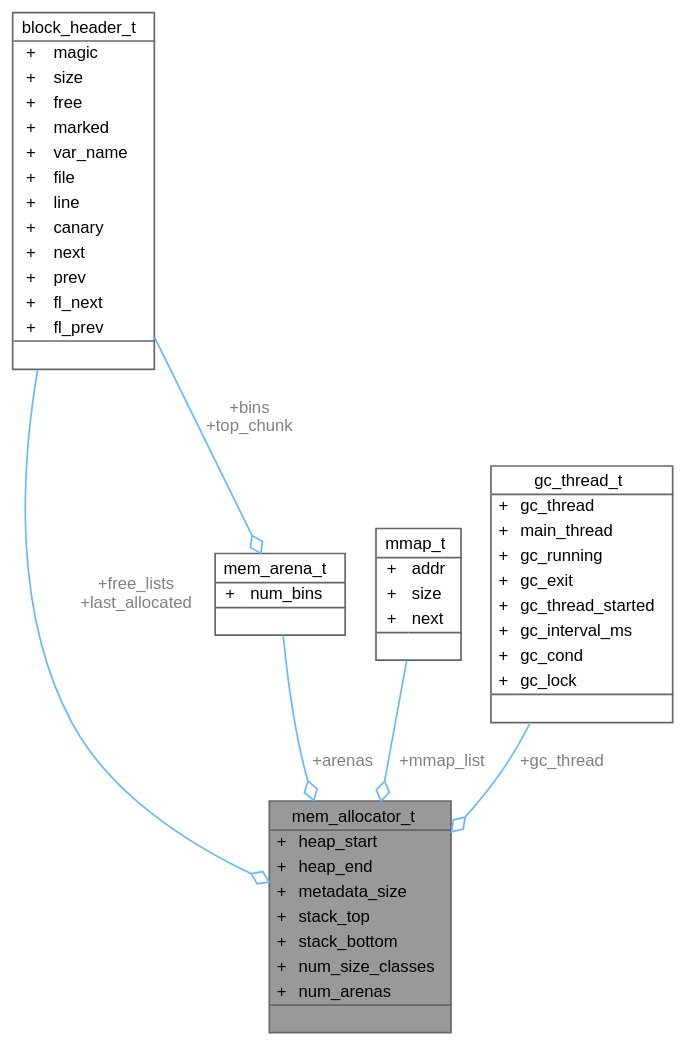
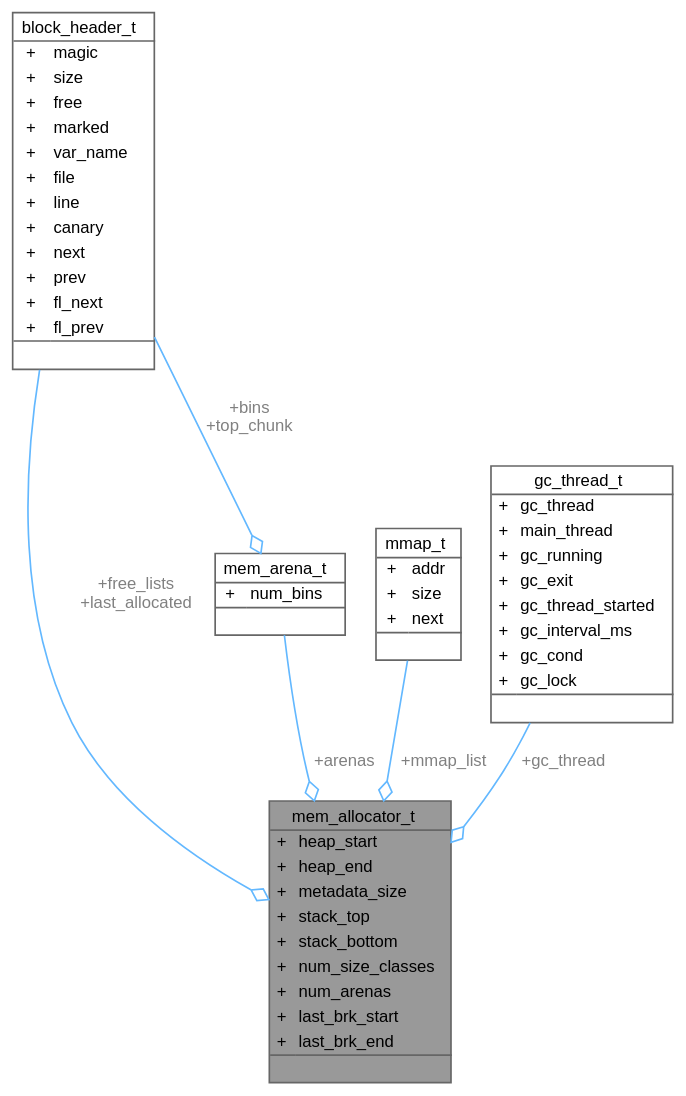
One commit to RafaelVVolkmer/libmemalloc changed the diagram in structmem__allocator__t__coll__graph.dot. Above: the diagram before and after it, drawn with Graphviz. The commit also changed 52 other files, not shown here.

```diff
--- a/structmem__allocator__t__coll__graph.dot
+++ b/structmem__allocator__t__coll__graph.dot
@@ -1,73 +1,75 @@
 digraph "mem_allocator_t"
 {
  // LATEX_PDF_SIZE
   bgcolor="transparent";
   edge [fontname=Helvetica,fontsize=10,labelfontname=Helvetica,labelfontsize=10];
   node [fontname=Helvetica,fontsize=10,shape=box,height=0.2,width=0.4];
   Node1 [id="Node000001",shape=plain,label=<<TABLE CELLBORDER="0" BORDER="1"><TR><TD COLSPAN="2" CELLPADDING="1" CELLSPACING="0">mem_allocator_t</TD></TR>
 <HR/>
 <TR><TD VALIGN="top" CELLPADDING="1" CELLSPACING="0">+</TD><TD VALIGN="top" ALIGN="LEFT" CELLPADDING="1" CELLSPACING="0">heap_start<BR ALIGN="LEFT"/></TD></TR>
 <TR><TD VALIGN="top" CELLPADDING="1" CELLSPACING="0">+</TD><TD VALIGN="top" ALIGN="LEFT" CELLPADDING="1" CELLSPACING="0">heap_end<BR ALIGN="LEFT"/></TD></TR>
 <TR><TD VALIGN="top" CELLPADDING="1" CELLSPACING="0">+</TD><TD VALIGN="top" ALIGN="LEFT" CELLPADDING="1" CELLSPACING="0">metadata_size<BR ALIGN="LEFT"/></TD></TR>
 <TR><TD VALIGN="top" CELLPADDING="1" CELLSPACING="0">+</TD><TD VALIGN="top" ALIGN="LEFT" CELLPADDING="1" CELLSPACING="0">stack_top<BR ALIGN="LEFT"/></TD></TR>
 <TR><TD VALIGN="top" CELLPADDING="1" CELLSPACING="0">+</TD><TD VALIGN="top" ALIGN="LEFT" CELLPADDING="1" CELLSPACING="0">stack_bottom<BR ALIGN="LEFT"/></TD></TR>
 <TR><TD VALIGN="top" CELLPADDING="1" CELLSPACING="0">+</TD><TD VALIGN="top" ALIGN="LEFT" CELLPADDING="1" CELLSPACING="0">num_size_classes<BR ALIGN="LEFT"/></TD></TR>
 <TR><TD VALIGN="top" CELLPADDING="1" CELLSPACING="0">+</TD><TD VALIGN="top" ALIGN="LEFT" CELLPADDING="1" CELLSPACING="0">num_arenas<BR ALIGN="LEFT"/></TD></TR>
+<TR><TD VALIGN="top" CELLPADDING="1" CELLSPACING="0">+</TD><TD VALIGN="top" ALIGN="LEFT" CELLPADDING="1" CELLSPACING="0">last_brk_start<BR ALIGN="LEFT"/></TD></TR>
+<TR><TD VALIGN="top" CELLPADDING="1" CELLSPACING="0">+</TD><TD VALIGN="top" ALIGN="LEFT" CELLPADDING="1" CELLSPACING="0">last_brk_end<BR ALIGN="LEFT"/></TD></TR>
 <HR/>
 <TR><TD COLSPAN="2" CELLPADDING="1" CELLSPACING="0">&nbsp;</TD></TR>
 </TABLE>>
 ,height=0.2,width=0.4,color="gray40", fillcolor="grey60", style="filled", fontcolor="black",tooltip="Manages dynamic memory allocation."];
   Node2 -> Node1 [id="edge1_Node000001_Node000002",color="steelblue1",style="solid",tooltip=" ",label=" +free_lists\n+last_allocated",fontcolor="grey" ,arrowhead="odiamond"];
   Node2 [id="Node000002",shape=plain,label=<<TABLE CELLBORDER="0" BORDER="1"><TR><TD COLSPAN="2" CELLPADDING="1" CELLSPACING="0">block_header_t</TD></TR>
 <HR/>
 <TR><TD VALIGN="top" CELLPADDING="1" CELLSPACING="0">+</TD><TD VALIGN="top" ALIGN="LEFT" CELLPADDING="1" CELLSPACING="0">magic<BR ALIGN="LEFT"/></TD></TR>
 <TR><TD VALIGN="top" CELLPADDING="1" CELLSPACING="0">+</TD><TD VALIGN="top" ALIGN="LEFT" CELLPADDING="1" CELLSPACING="0">size<BR ALIGN="LEFT"/></TD></TR>
 <TR><TD VALIGN="top" CELLPADDING="1" CELLSPACING="0">+</TD><TD VALIGN="top" ALIGN="LEFT" CELLPADDING="1" CELLSPACING="0">free<BR ALIGN="LEFT"/></TD></TR>
 <TR><TD VALIGN="top" CELLPADDING="1" CELLSPACING="0">+</TD><TD VALIGN="top" ALIGN="LEFT" CELLPADDING="1" CELLSPACING="0">marked<BR ALIGN="LEFT"/></TD></TR>
 <TR><TD VALIGN="top" CELLPADDING="1" CELLSPACING="0">+</TD><TD VALIGN="top" ALIGN="LEFT" CELLPADDING="1" CELLSPACING="0">var_name<BR ALIGN="LEFT"/></TD></TR>
 <TR><TD VALIGN="top" CELLPADDING="1" CELLSPACING="0">+</TD><TD VALIGN="top" ALIGN="LEFT" CELLPADDING="1" CELLSPACING="0">file<BR ALIGN="LEFT"/></TD></TR>
 <TR><TD VALIGN="top" CELLPADDING="1" CELLSPACING="0">+</TD><TD VALIGN="top" ALIGN="LEFT" CELLPADDING="1" CELLSPACING="0">line<BR ALIGN="LEFT"/></TD></TR>
 <TR><TD VALIGN="top" CELLPADDING="1" CELLSPACING="0">+</TD><TD VALIGN="top" ALIGN="LEFT" CELLPADDING="1" CELLSPACING="0">canary<BR ALIGN="LEFT"/></TD></TR>
 <TR><TD VALIGN="top" CELLPADDING="1" CELLSPACING="0">+</TD><TD VALIGN="top" ALIGN="LEFT" CELLPADDING="1" CELLSPACING="0">next<BR ALIGN="LEFT"/></TD></TR>
 <TR><TD VALIGN="top" CELLPADDING="1" CELLSPACING="0">+</TD><TD VALIGN="top" ALIGN="LEFT" CELLPADDING="1" CELLSPACING="0">prev<BR ALIGN="LEFT"/></TD></TR>
 <TR><TD VALIGN="top" CELLPADDING="1" CELLSPACING="0">+</TD><TD VALIGN="top" ALIGN="LEFT" CELLPADDING="1" CELLSPACING="0">fl_next<BR ALIGN="LEFT"/></TD></TR>
 <TR><TD VALIGN="top" CELLPADDING="1" CELLSPACING="0">+</TD><TD VALIGN="top" ALIGN="LEFT" CELLPADDING="1" CELLSPACING="0">fl_prev<BR ALIGN="LEFT"/></TD></TR>
 <HR/>
 <TR><TD COLSPAN="2" CELLPADDING="1" CELLSPACING="0">&nbsp;</TD></TR>
 </TABLE>>
 ,height=0.2,width=0.4,color="gray40", fillcolor="white", style="filled",URL="$structblock__header__t.html",tooltip="Represents the header for a memory block."];
   Node3 -> Node1 [id="edge2_Node000001_Node000003",color="steelblue1",style="solid",tooltip=" ",label=" +arenas",fontcolor="grey" ,arrowhead="odiamond"];
   Node3 [id="Node000003",shape=plain,label=<<TABLE CELLBORDER="0" BORDER="1"><TR><TD COLSPAN="2" CELLPADDING="1" CELLSPACING="0">mem_arena_t</TD></TR>
 <HR/>
 <TR><TD VALIGN="top" CELLPADDING="1" CELLSPACING="0">+</TD><TD VALIGN="top" ALIGN="LEFT" CELLPADDING="1" CELLSPACING="0">num_bins<BR ALIGN="LEFT"/></TD></TR>
 <HR/>
 <TR><TD COLSPAN="2" CELLPADDING="1" CELLSPACING="0">&nbsp;</TD></TR>
 </TABLE>>
 ,height=0.2,width=0.4,color="gray40", fillcolor="white", style="filled",URL="$structmem__arena__t.html",tooltip="Represents a memory arena with its own free lists."];
   Node2 -> Node3 [id="edge3_Node000003_Node000002",color="steelblue1",style="solid",tooltip=" ",label=" +bins\n+top_chunk",fontcolor="grey" ,arrowhead="odiamond"];
   Node4 -> Node1 [id="edge4_Node000001_Node000004",color="steelblue1",style="solid",tooltip=" ",label=" +mmap_list",fontcolor="grey" ,arrowhead="odiamond"];
   Node4 [id="Node000004",shape=plain,label=<<TABLE CELLBORDER="0" BORDER="1"><TR><TD COLSPAN="2" CELLPADDING="1" CELLSPACING="0">mmap_t</TD></TR>
 <HR/>
 <TR><TD VALIGN="top" CELLPADDING="1" CELLSPACING="0">+</TD><TD VALIGN="top" ALIGN="LEFT" CELLPADDING="1" CELLSPACING="0">addr<BR ALIGN="LEFT"/></TD></TR>
 <TR><TD VALIGN="top" CELLPADDING="1" CELLSPACING="0">+</TD><TD VALIGN="top" ALIGN="LEFT" CELLPADDING="1" CELLSPACING="0">size<BR ALIGN="LEFT"/></TD></TR>
 <TR><TD VALIGN="top" CELLPADDING="1" CELLSPACING="0">+</TD><TD VALIGN="top" ALIGN="LEFT" CELLPADDING="1" CELLSPACING="0">next<BR ALIGN="LEFT"/></TD></TR>
 <HR/>
 <TR><TD COLSPAN="2" CELLPADDING="1" CELLSPACING="0">&nbsp;</TD></TR>
 </TABLE>>
 ,height=0.2,width=0.4,color="gray40", fillcolor="white", style="filled",URL="$structmmap__t.html",tooltip="Tracks memory-mapped regions for large allocations."];
   Node5 -> Node1 [id="edge5_Node000001_Node000005",color="steelblue1",style="solid",tooltip=" ",label=" +gc_thread",fontcolor="grey" ,arrowhead="odiamond"];
   Node5 [id="Node000005",shape=plain,label=<<TABLE CELLBORDER="0" BORDER="1"><TR><TD COLSPAN="2" CELLPADDING="1" CELLSPACING="0">gc_thread_t</TD></TR>
 <HR/>
 <TR><TD VALIGN="top" CELLPADDING="1" CELLSPACING="0">+</TD><TD VALIGN="top" ALIGN="LEFT" CELLPADDING="1" CELLSPACING="0">gc_thread<BR ALIGN="LEFT"/></TD></TR>
 <TR><TD VALIGN="top" CELLPADDING="1" CELLSPACING="0">+</TD><TD VALIGN="top" ALIGN="LEFT" CELLPADDING="1" CELLSPACING="0">main_thread<BR ALIGN="LEFT"/></TD></TR>
 <TR><TD VALIGN="top" CELLPADDING="1" CELLSPACING="0">+</TD><TD VALIGN="top" ALIGN="LEFT" CELLPADDING="1" CELLSPACING="0">gc_running<BR ALIGN="LEFT"/></TD></TR>
 <TR><TD VALIGN="top" CELLPADDING="1" CELLSPACING="0">+</TD><TD VALIGN="top" ALIGN="LEFT" CELLPADDING="1" CELLSPACING="0">gc_exit<BR ALIGN="LEFT"/></TD></TR>
 <TR><TD VALIGN="top" CELLPADDING="1" CELLSPACING="0">+</TD><TD VALIGN="top" ALIGN="LEFT" CELLPADDING="1" CELLSPACING="0">gc_thread_started<BR ALIGN="LEFT"/></TD></TR>
 <TR><TD VALIGN="top" CELLPADDING="1" CELLSPACING="0">+</TD><TD VALIGN="top" ALIGN="LEFT" CELLPADDING="1" CELLSPACING="0">gc_interval_ms<BR ALIGN="LEFT"/></TD></TR>
 <TR><TD VALIGN="top" CELLPADDING="1" CELLSPACING="0">+</TD><TD VALIGN="top" ALIGN="LEFT" CELLPADDING="1" CELLSPACING="0">gc_cond<BR ALIGN="LEFT"/></TD></TR>
 <TR><TD VALIGN="top" CELLPADDING="1" CELLSPACING="0">+</TD><TD VALIGN="top" ALIGN="LEFT" CELLPADDING="1" CELLSPACING="0">gc_lock<BR ALIGN="LEFT"/></TD></TR>
 <HR/>
 <TR><TD COLSPAN="2" CELLPADDING="1" CELLSPACING="0">&nbsp;</TD></TR>
 </TABLE>>
 ,height=0.2,width=0.4,color="gray40", fillcolor="white", style="filled",URL="$structgc__thread__t.html",tooltip="Orchestrates the background mark-and-sweep garbage collector."];
 }
```
